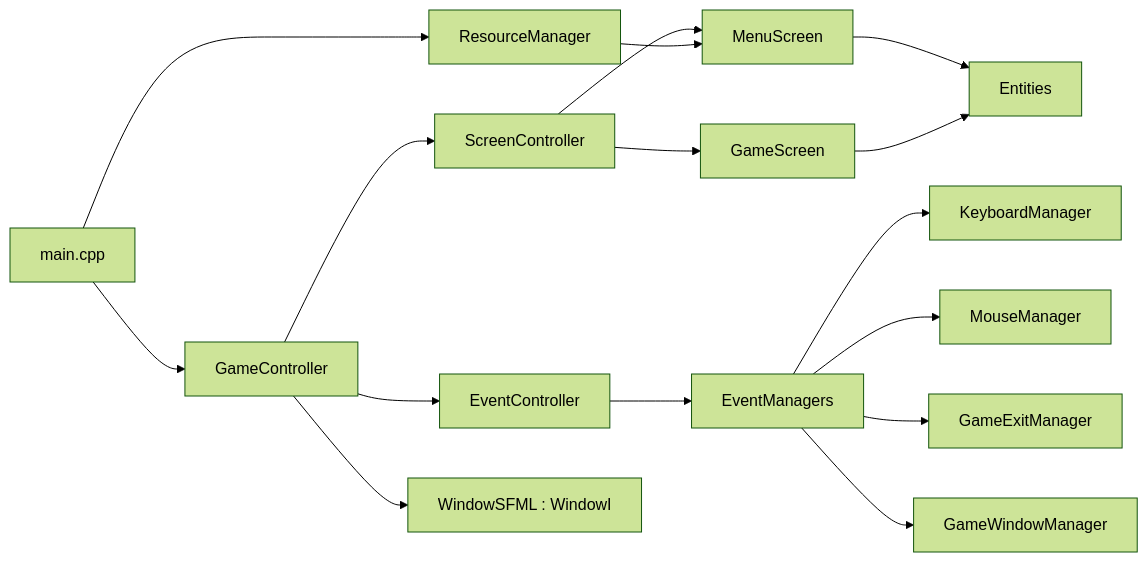
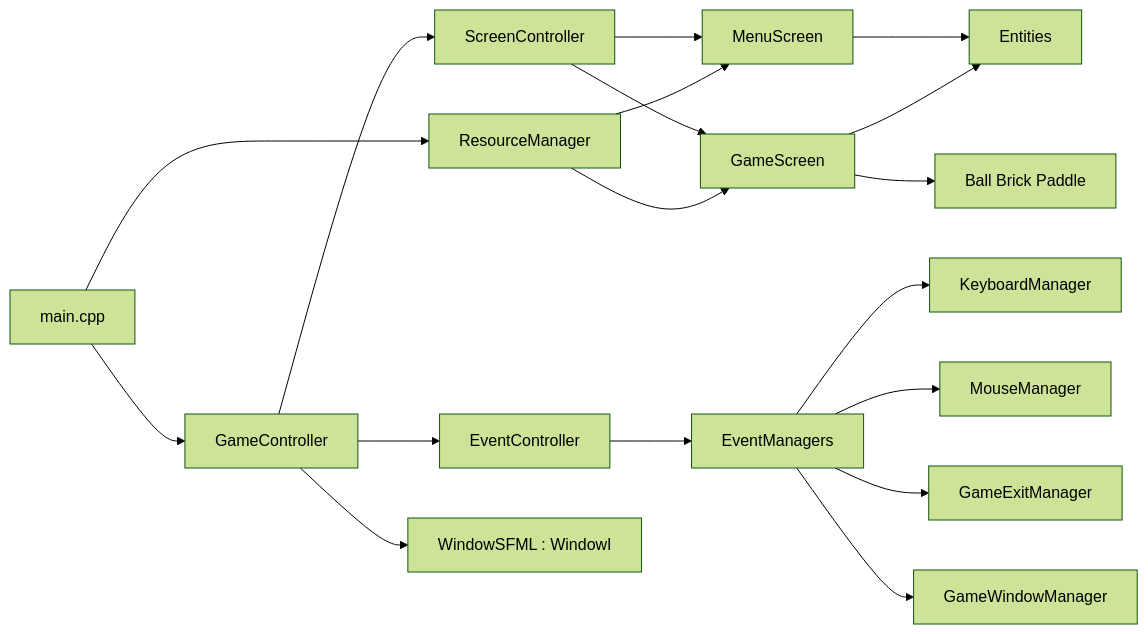
The diagram in docs/reference/architecture.md (kblaszki/business-game), drawn with Mermaid (forest theme) before and after one commit. The commit also changed 24 other files, not shown here.

````diff
--- a/docs/reference/architecture.md
+++ b/docs/reference/architecture.md
@@ -26,18 +26,20 @@
 ```mermaid
 flowchart LR
   Main[main.cpp] --> RM[ResourceManager]
   Main --> GC[GameController]
   GC --> EC[EventController]
   GC --> SC[ScreenController]
   GC --> Win[WindowSFML : WindowI]
   EC --> EM[EventManagers]
   EM --> KB[KeyboardManager]
   EM --> MO[MouseManager]
   EM --> GE[GameExitManager]
   EM --> GW[GameWindowManager]
   SC --> Menu[MenuScreen]
   SC --> Game[GameScreen]
   Menu --> Ent[Entities]
   Game --> Ent
+  Game --> BallBrick[Ball Brick Paddle]
   RM --> Menu
+  RM --> Game
 ```
````
